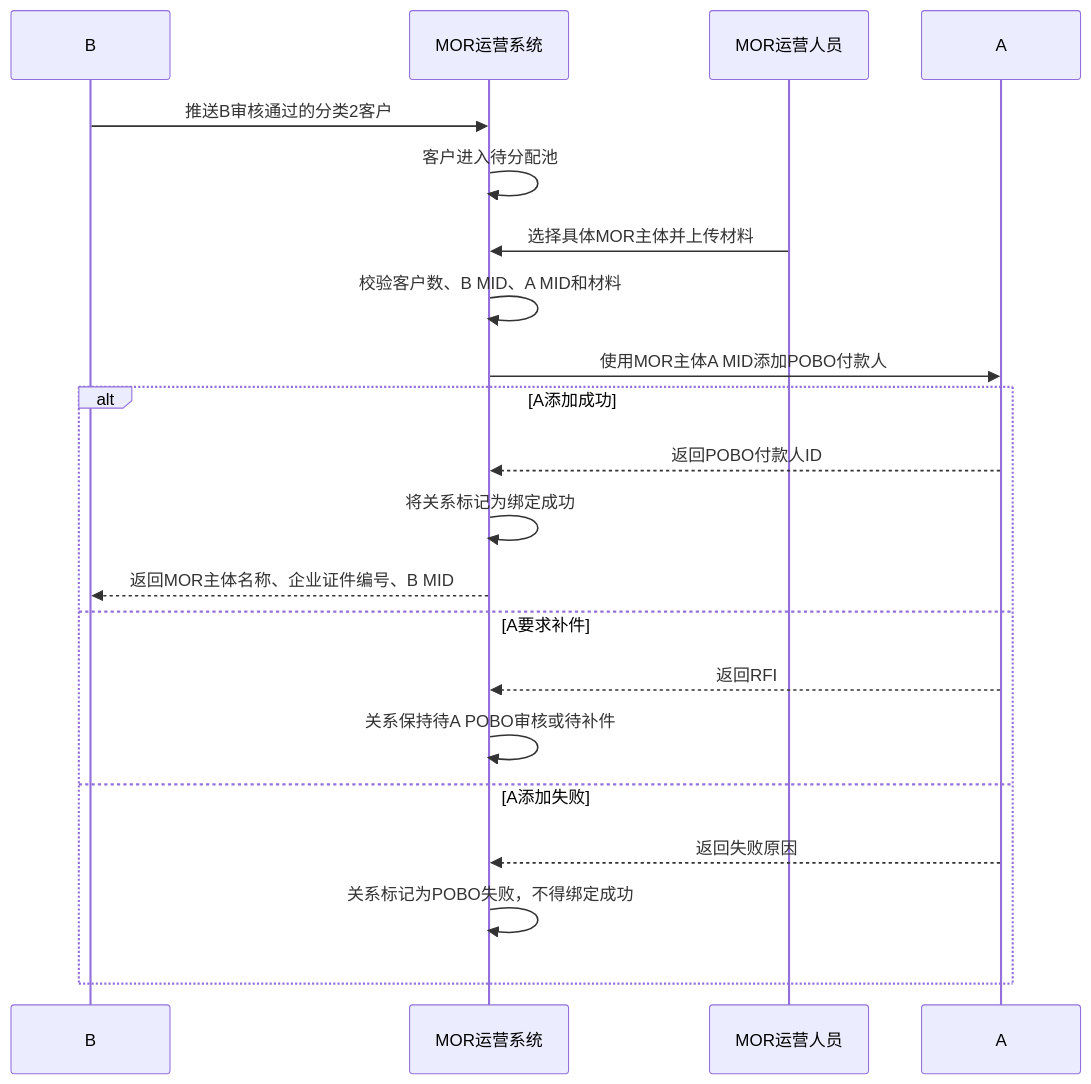
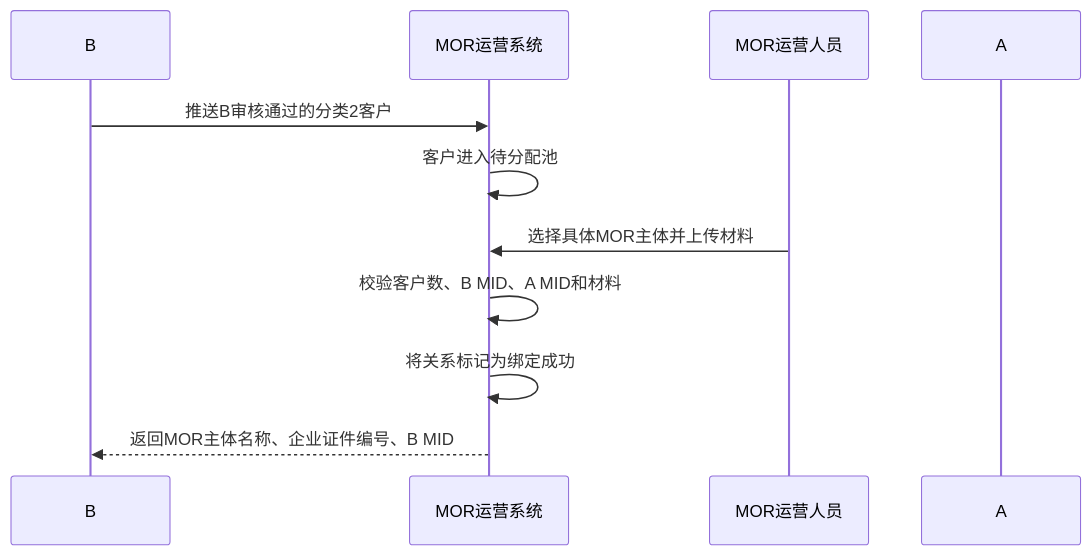
One commit to xiaoxiaoangie/EX-NEW changed the fourth of 5 diagrams in MORSolutions/解决方案/MOR模式-运营主体SP最终方案.md. Above: the diagram before and after it, drawn with Mermaid. The commit also changed other lines of this file and 16 other files, not shown here.

````diff
--- a/MORSolutions/解决方案/MOR模式-运营主体SP最终方案.md
+++ b/MORSolutions/解决方案/MOR模式-运营主体SP最终方案.md
@@ -289,24 +287,14 @@
 ```mermaid
 sequenceDiagram
     participant B as B
     participant OPS as MOR运营系统
     participant O as MOR运营人员
     participant A as A
 
     B->>OPS: 推送B审核通过的分类2客户
     OPS->>OPS: 客户进入待分配池
     O->>OPS: 选择具体MOR主体并上传材料
     OPS->>OPS: 校验客户数、B MID、A MID和材料
-    OPS->>A: 使用MOR主体A MID添加POBO付款人
-    alt A添加成功
-        A-->>OPS: 返回POBO付款人ID
-        OPS->>OPS: 将关系标记为绑定成功
-        OPS-->>B: 返回MOR主体名称、企业证件编号、B MID
-    else A要求补件
-        A-->>OPS: 返回RFI
-        OPS->>OPS: 关系保持待A POBO审核或待补件
-    else A添加失败
-        A-->>OPS: 返回失败原因
-        OPS->>OPS: 关系标记为POBO失败，不得绑定成功
-    end
+    OPS->>OPS: 将关系标记为绑定成功
+    OPS-->>B: 返回MOR主体名称、企业证件编号、B MID
 ```
````
